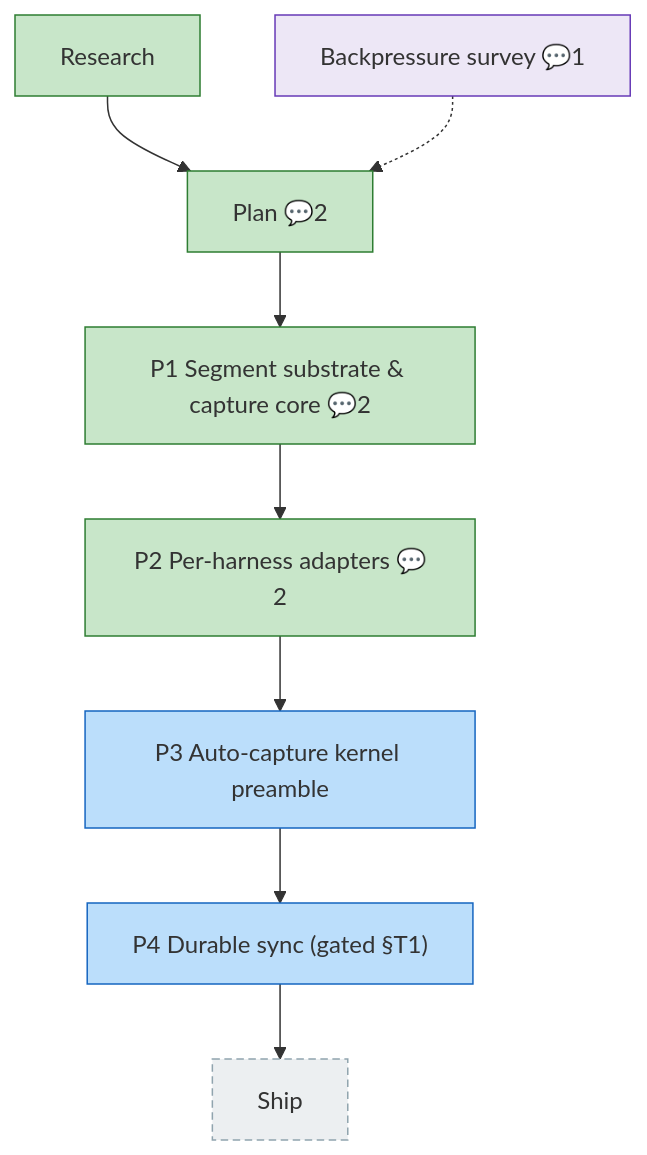
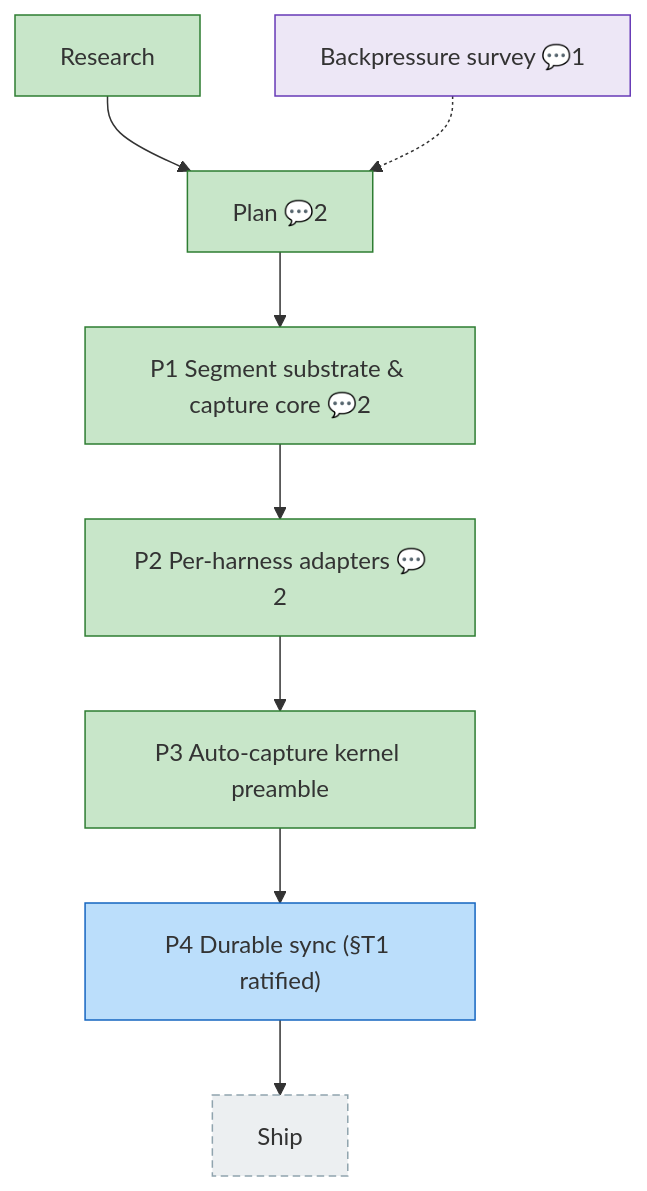
The diagram in docs/plans/034-harness-telemetry-collection/the-flow.md (AI-Substrate/harness-engineering), drawn with Mermaid before and after one commit. The commit also changed other lines of this file and 6 other files, not shown here.

````diff
--- a/docs/plans/034-harness-telemetry-collection/the-flow.md
+++ b/docs/plans/034-harness-telemetry-collection/the-flow.md
@@ -8,33 +8,33 @@
 ```mermaid
 flowchart TD
     ship["Ship"]:::assumed
     plan["Plan 💬2"]:::done
     research["Research"]:::done
     phase_1["P1 Segment substrate & capture core 💬2"]:::done
     phase_2["P2 Per-harness adapters 💬2"]:::done
-    phase_3["P3 Auto-capture kernel preamble"]:::known
-    phase_4["P4 Durable sync (gated §T1)"]:::known
+    phase_3["P3 Auto-capture kernel preamble"]:::done
+    phase_4["P4 Durable sync (§T1 ratified)"]:::known
 
     plan --> phase_1
     research --> plan
     phase_1 --> phase_2
     phase_2 --> phase_3
     phase_3 --> phase_4
     phase_4 --> ship
 
     backpressure["Backpressure survey 💬1"]:::harness
     backpressure -.-> plan
 
     classDef done fill:#C8E6C9,stroke:#2E7D32;
     classDef wip fill:#FFE0B2,stroke:#EF6C00;
     classDef blocked fill:#FFCDD2,stroke:#C62828;
     classDef known fill:#BBDEFB,stroke:#1565C0;
     classDef assumed fill:#ECEFF1,stroke:#90A4AE,stroke-dasharray:5 3;
     classDef said fill:#FFF9C4,stroke:#F9A825;
     classDef harness fill:#EDE7F6,stroke:#673AB7;
     classDef decision fill:#FFF3E0,stroke:#FB8C00,stroke-dasharray:2 2;
     classDef companion fill:#D1C4E9,stroke:#5E35B1;
     classDef worker fill:#B2DFDB,stroke:#00897B;
     classDef chore fill:#E0F2F1,stroke:#00897B,stroke-dasharray:3 2;
     classDef unknown fill:#FAFAFA,stroke:#BDBDBD,stroke-dasharray:1 4;
 ```
````
